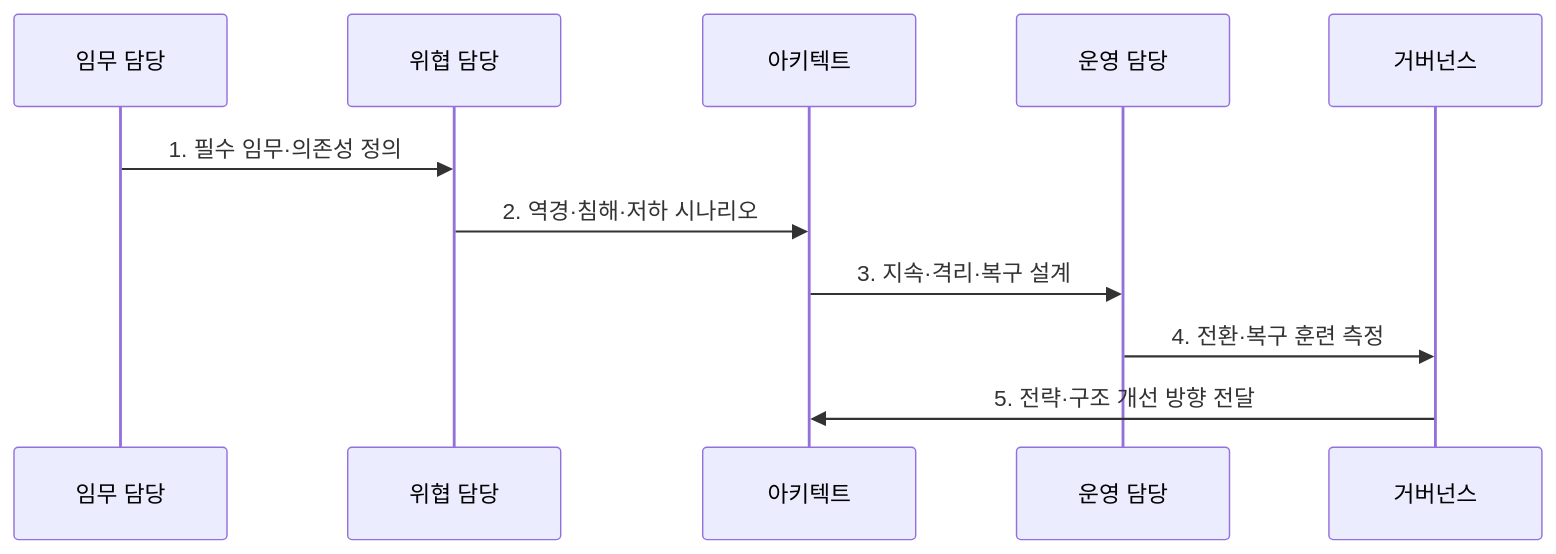
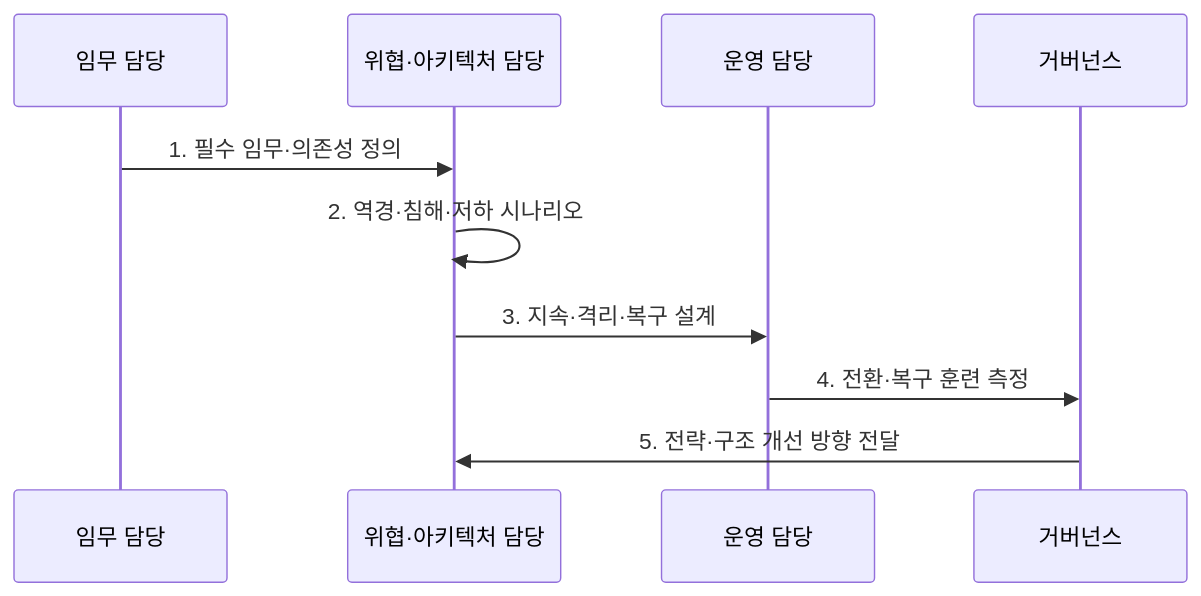
One commit to agnusdei1207/knowledge-base changed the second of 2 diagrams in src/content/docs/notes/05-security/119_cyber_resilience.md. Above: the diagram before and after it, drawn with Mermaid. The commit also changed 3 other files, not shown here.

Commit message:
Simplify security lifecycle sequences

````diff
--- a/src/content/docs/notes/05-security/119_cyber_resilience.md
+++ b/src/content/docs/notes/05-security/119_cyber_resilience.md
@@ -98,13 +98,12 @@
 ```mermaid
 sequenceDiagram
   participant M as 임무 담당
-  participant T as 위협 담당
-  participant A as 아키텍트
+  participant A as 위협·아키텍처 담당
   participant O as 운영 담당
   participant G as 거버넌스
-  M->>T: 1. 필수 임무·의존성 정의
-  T->>A: 2. 역경·침해·저하 시나리오
+  M->>A: 1. 필수 임무·의존성 정의
+  A->>A: 2. 역경·침해·저하 시나리오
   A->>O: 3. 지속·격리·복구 설계
   O->>G: 4. 전환·복구 훈련 측정
   G->>A: 5. 전략·구조 개선 방향 전달
 ```
````
